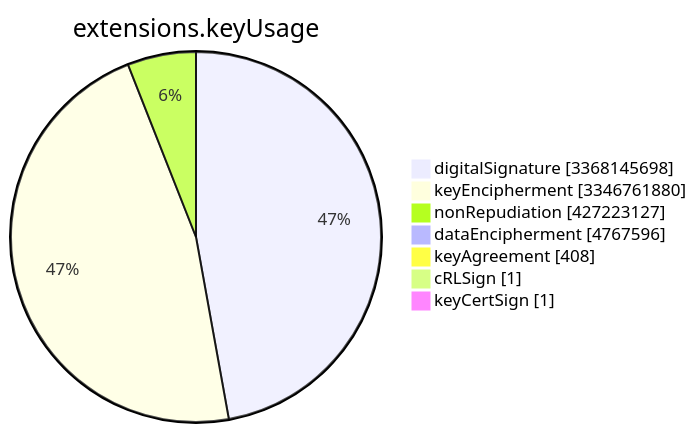
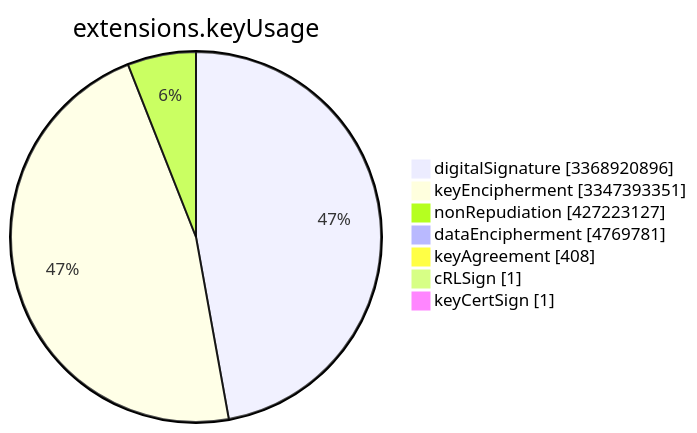
One commit to christiankrug/ctmonitor_visualization changed the sixth of 15 diagrams in TOTAL/README.md. Above: the diagram before and after it, drawn with Mermaid. The commit also changed other lines of this file, not shown here.

````diff
--- a/TOTAL/README.md
+++ b/TOTAL/README.md
@@ -3079,11 +3079,11 @@
 ```mermaid
 pie showData
 title extensions.keyUsage
-"digitalSignature" :3368145698
-"keyEncipherment" :3346761880
+"digitalSignature" :3368920896
+"keyEncipherment" :3347393351
 "nonRepudiation" :427223127
-"dataEncipherment" :4767596
+"dataEncipherment" :4769781
 "keyAgreement" :408
 "cRLSign" :1
 "keyCertSign" :1
 ```
````
